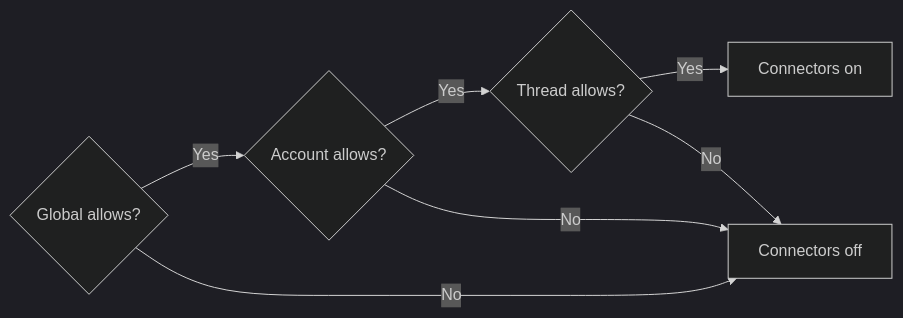
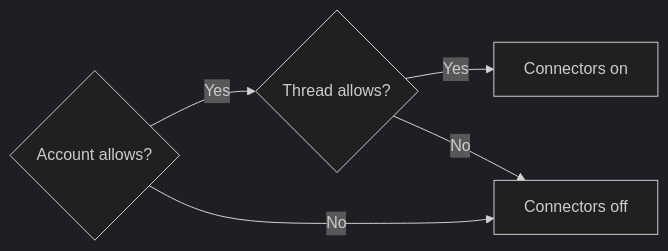
One commit to connorads/dotfiles changed the first of 3 diagrams in src/bb-plugins/claude-profiles/README.md. Above: the diagram before and after it, drawn with Mermaid (dark theme). The commit also changed other lines of this file and 10 other files, not shown here.

````diff
--- a/src/bb-plugins/claude-profiles/README.md
+++ b/src/bb-plugins/claude-profiles/README.md
@@ -99,9 +96,7 @@
 ```mermaid
 flowchart LR
-  Global{Global allows?} -->|Yes| Account{Account allows?}
-  Account -->|Yes| Thread{Thread allows?}
+  Account{Account allows?} -->|Yes| Thread{Thread allows?}
   Thread -->|Yes| On[Connectors on]
-  Global -->|No| Off[Connectors off]
-  Account -->|No| Off
+  Account -->|No| Off[Connectors off]
   Thread -->|No| Off
 ```
````
